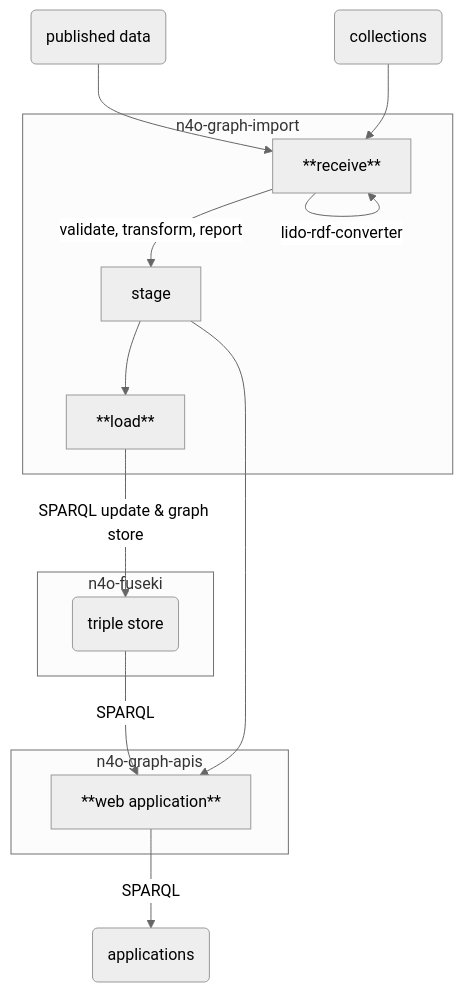
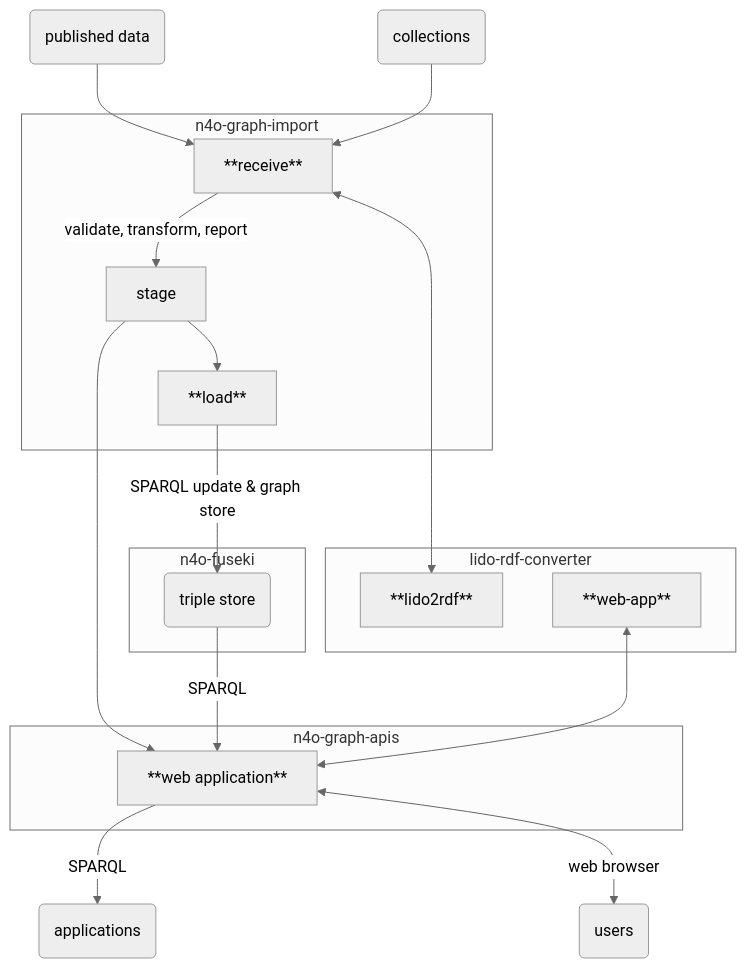
The diagram in README.md (nfdi4objects/n4o-graph-importer), drawn with Mermaid (neutral theme) before and after one commit.

Commit message:
Update diagram

````diff
--- a/README.md
+++ b/README.md
@@ -15,30 +15,36 @@
 ```mermaid
 graph TD
-
     collections(collections)
     data(published data)    
     apps(applications)
-
     data --> receive
     collections --> receive
 
     subgraph n4o-graph-import
         receive[**receive**]
         receive -- validate, transform, report --> stage
         stage --> load
         load[**load**]
     end
     subgraph n4o-fuseki
         kg(triple store)
     end
     subgraph n4o-graph-apis
         ui[**web application**]
     end
+    subgraph lido-rdf-converter
+        lido2rdf[**lido2rdf**]
+        web-app[**web-app**]
+    end
+
     stage --> ui
     kg -- SPARQL --> ui
     ui -- SPARQL --> apps
 
-    receive -- lido-rdf-converter --> receive
+    receive <--> lido2rdf
+    load -- SPARQL update & graph store --> kg
 
-    load -- SPARQL update & graph store --> kg
+    web-app <--> ui
+
+    ui <--web browser--> users(users)
 ```
````
